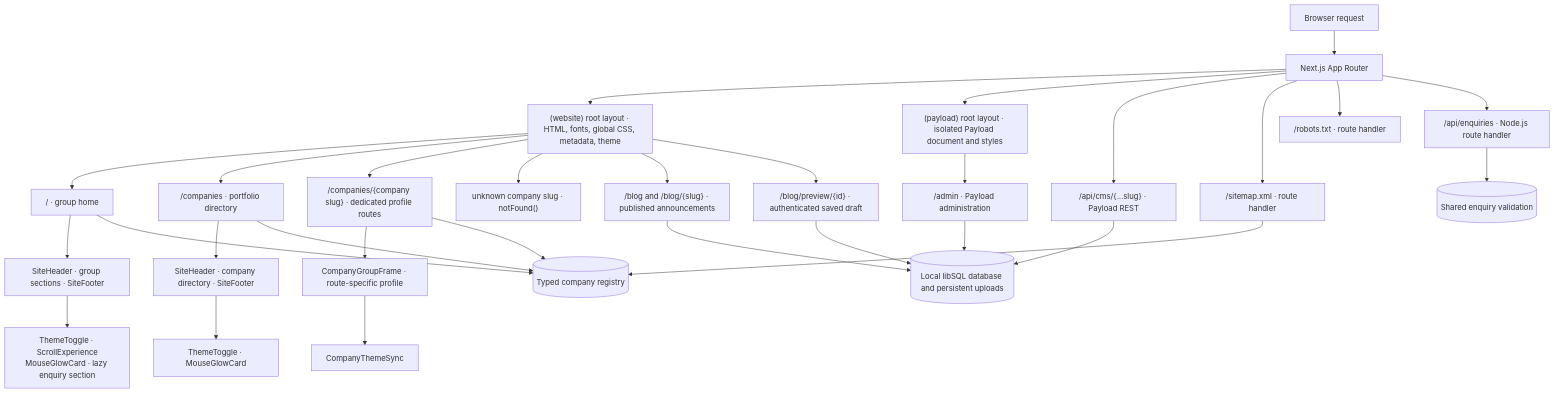
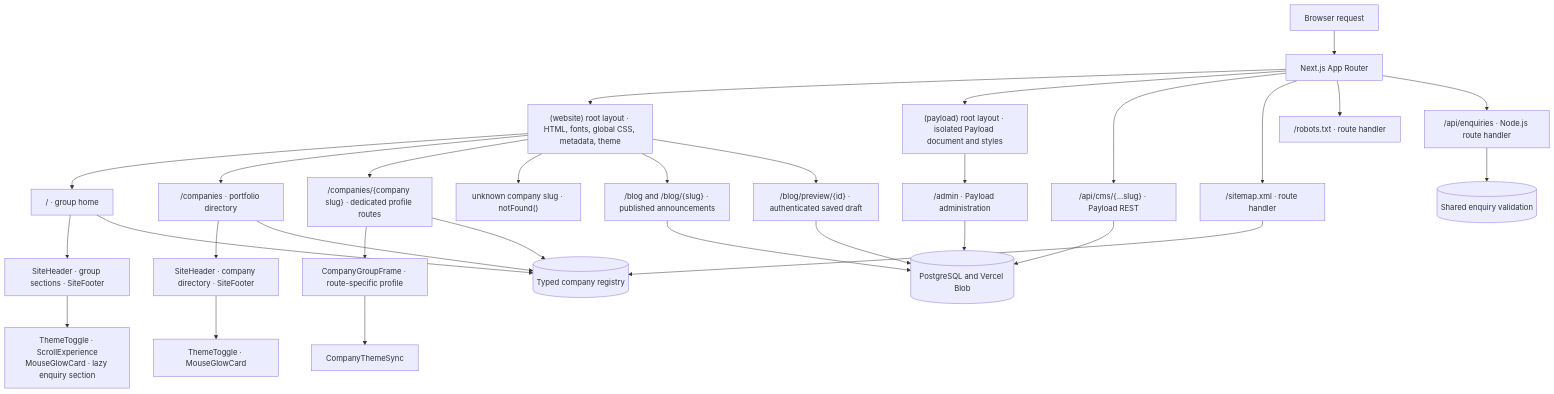
The first of 4 diagrams in README.md (haris936hk/Goodman-Group), drawn with Mermaid before and after one commit. The commit also changed other lines of this file and 38 other files, not shown here.

First line of the commit message:
Migrate CMS to PostgreSQL and Vercel Blob

````diff
--- a/README.md
+++ b/README.md
@@ -17,36 +17,36 @@
 ```mermaid
 flowchart TB
   Visitor[Browser request] --> Router[Next.js App Router]
   Router --> WebsiteRoot["(website) root layout · HTML, fonts, global CSS, metadata, theme"]
   Router --> PayloadRoot["(payload) root layout · isolated Payload document and styles"]
 
   WebsiteRoot --> Home["/ · group home"]
   WebsiteRoot --> Directory["/companies · portfolio directory"]
   WebsiteRoot --> Profile["/companies/{company slug} · dedicated profile routes"]
   WebsiteRoot --> Unknown["unknown company slug · notFound()"]
   WebsiteRoot --> Blog["/blog and /blog/{slug} · published announcements"]
   WebsiteRoot --> Preview["/blog/preview/{id} · authenticated saved draft"]
   PayloadRoot --> Admin["/admin · Payload administration"]
   Router --> CMSAPI["/api/cms/{...slug} · Payload REST"]
-  Blog --> CMSData[(Local libSQL database and persistent uploads)]
+  Blog --> CMSData[(PostgreSQL and Vercel Blob)]
   Preview --> CMSData
   Admin --> CMSData
   CMSAPI --> CMSData
   Router --> Sitemap["/sitemap.xml · route handler"]
   Router --> Robots["/robots.txt · route handler"]
   Router --> EnquiryAPI["/api/enquiries · Node.js route handler"]
 
   Home --> HomeShell[SiteHeader · group sections · SiteFooter]
   Directory --> DirectoryShell[SiteHeader · company directory · SiteFooter]
   Profile --> GroupFrame[CompanyGroupFrame · route-specific profile]
 
   HomeShell --> HomeClients["ThemeToggle · ScrollExperience<br/>MouseGlowCard · lazy enquiry section"]
   DirectoryShell --> DirectoryClients[ThemeToggle · MouseGlowCard]
   GroupFrame --> CompanyTheme[CompanyThemeSync]
 
   Home --> Registry[(Typed company registry)]
   Directory --> Registry
   Profile --> Registry
   Sitemap --> Registry
   EnquiryAPI --> Validation[(Shared enquiry validation)]
 ```
````
